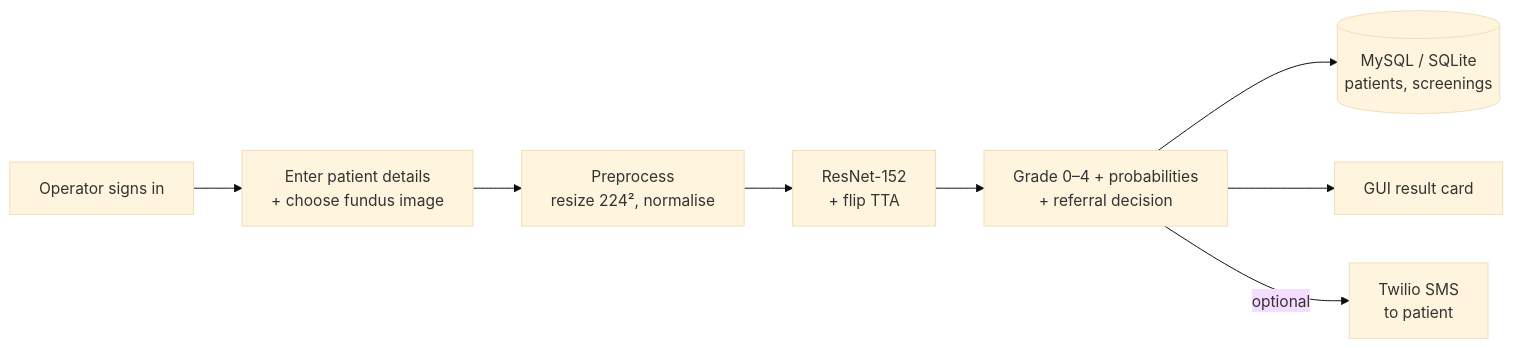
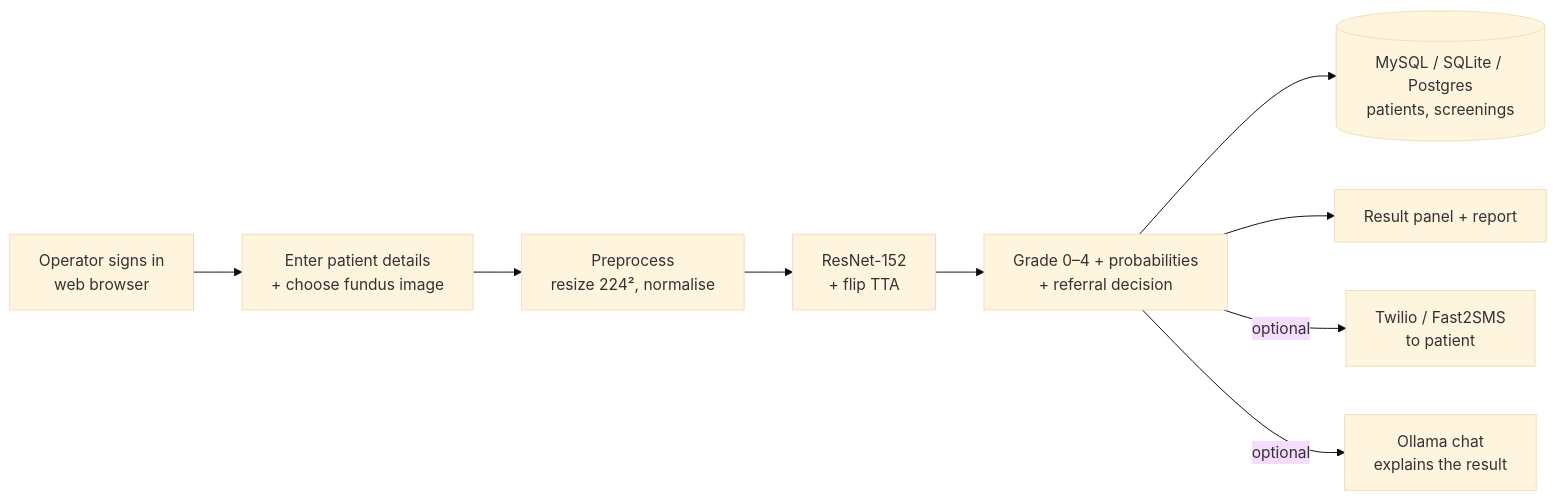
The diagram in README.md (innovatorvinayak/blindness-indicator), drawn with Mermaid (base theme) before and after one commit. The commit also changed other lines of this file and 83 other files, not shown here.

````diff
--- a/README.md
+++ b/README.md
@@ -24,10 +26,11 @@
 ```mermaid
 flowchart LR
-    A[Operator signs in] --> B[Enter patient details<br/>+ choose fundus image]
+    A[Operator signs in<br/>web browser] --> B[Enter patient details<br/>+ choose fundus image]
     B --> C[Preprocess<br/>resize 224², normalise]
     C --> D[ResNet-152<br/>+ flip TTA]
     D --> E[Grade 0–4 + probabilities<br/>+ referral decision]
-    E --> F[(MySQL / SQLite<br/>patients, screenings)]
-    E --> G[GUI result card]
-    E -->|optional| H[Twilio SMS<br/>to patient]
+    E --> F[(MySQL / SQLite / Postgres<br/>patients, screenings)]
+    E --> G[Result panel + report]
+    E -->|optional| H[Twilio / Fast2SMS<br/>to patient]
+    E -->|optional| I[Ollama chat<br/>explains the result]
 ```
````
